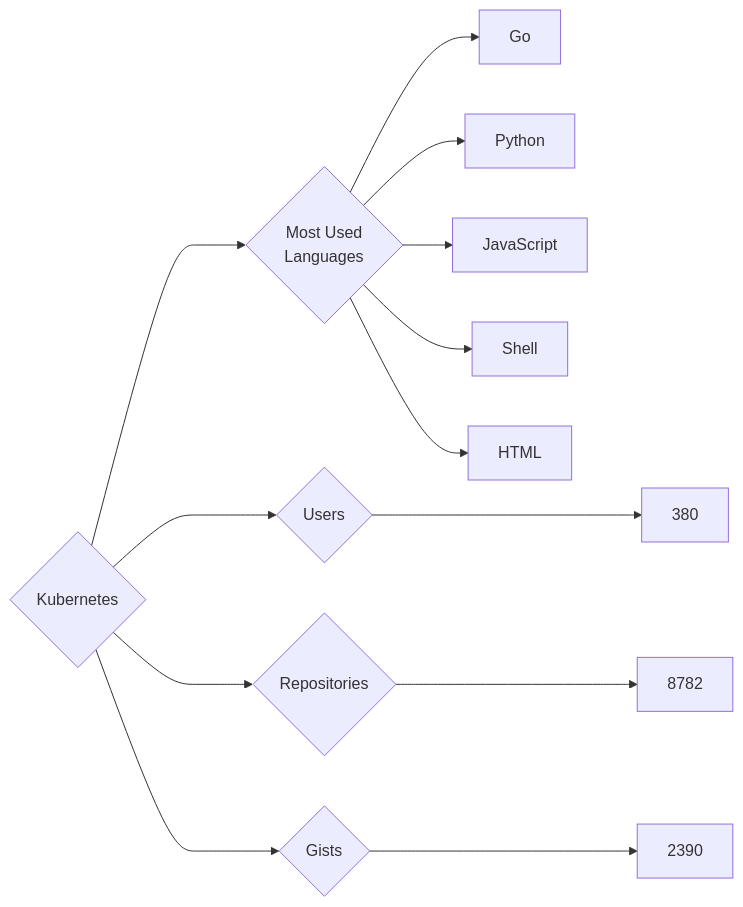
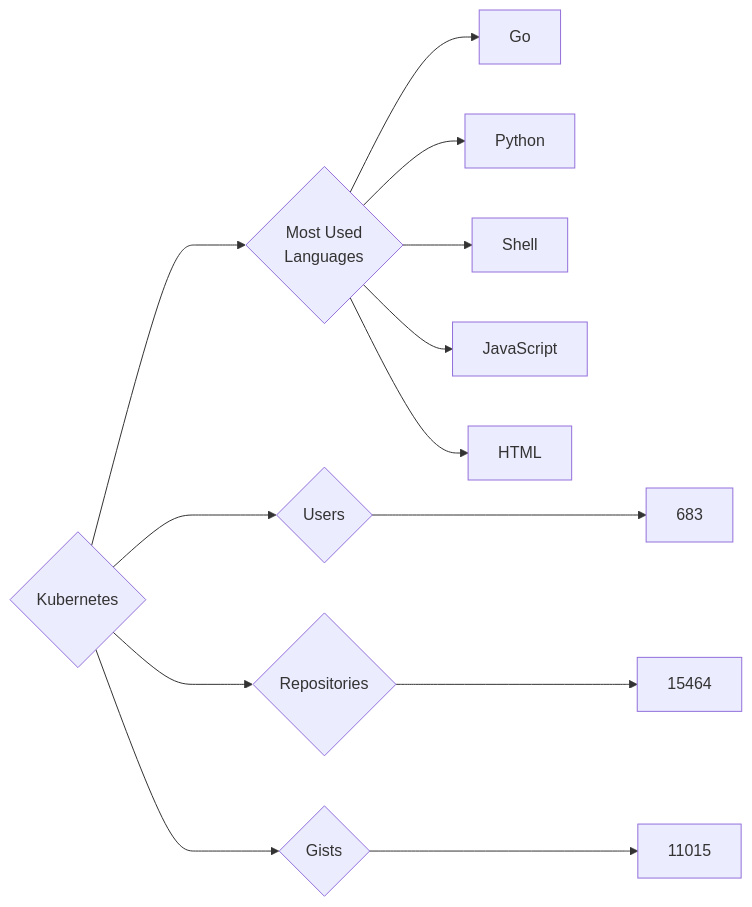
One commit to trickest/insiders changed the diagram in targets/Kubernetes/README.md. Above: the diagram before and after it, drawn with Mermaid. The commit also changed 891 other files, not shown here.

````diff
--- a/targets/Kubernetes/README.md
+++ b/targets/Kubernetes/README.md
@@ -3,13 +3,13 @@
 ```mermaid
 graph LR
 COMPANY_NAME{Kubernetes}
-COMPANY_NAME ---> U{Users} ---> UN[380]
-COMPANY_NAME ---> R{Repositories} ---> RN[8782]
-COMPANY_NAME ---> G{Gists} ---> GN[2390]
+COMPANY_NAME ---> U{Users} ---> UN[683]
+COMPANY_NAME ---> R{Repositories} ---> RN[15464]
+COMPANY_NAME ---> G{Gists} ---> GN[11015]
 COMPANY_NAME ---> ML{Most Used<br>Languages}
 ML --> Go[Go]
 ML --> Python[Python]
+ML --> Shell[Shell]
 ML --> JavaScript[JavaScript]
-ML --> Shell[Shell]
 ML --> HTML[HTML]
 ```
````
